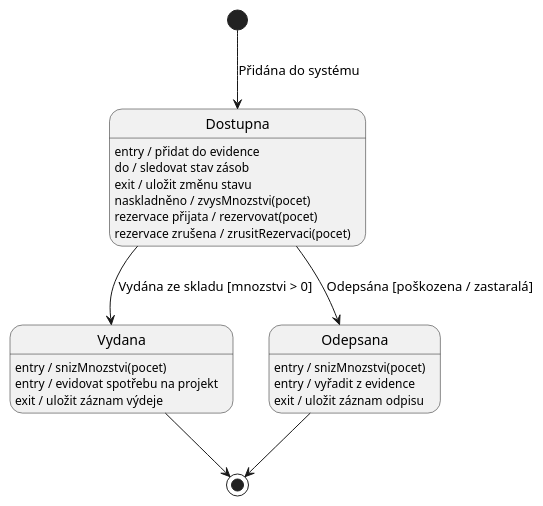
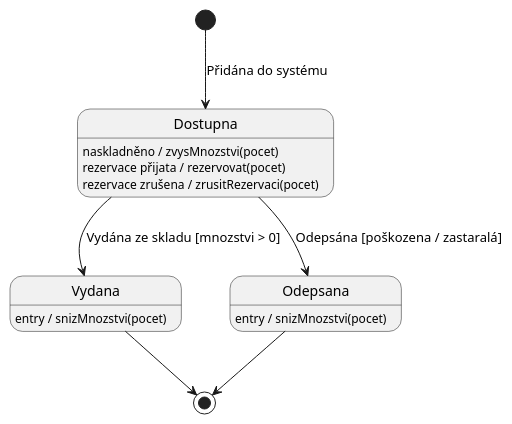
One commit to lkvapil/kOdevzdaniProjektWMS changed the diagram in diagrams/10_state_soucastka_projekt.puml. Above: the diagram before and after it, drawn with PlantUML. The commit also changed 6 other files, not shown here.

Commit message:
fix: uprav diagramy a text - pojmy, parametry, scenare, stavove diagramy

```diff
--- a/diagrams/10_state_soucastka_projekt.puml
+++ b/diagrams/10_state_soucastka_projekt.puml
@@ -1,29 +1,22 @@
 @startuml
 top to bottom direction
 
 ' Bod 2: vnitřní přechody místo do/ pro jednorázové akce
 ' Bod 7: entry místo do pro evidovat spotřebu a vyřadit z evidence
 
 [*] --> Dostupna : Přidána do systému
 
-Dostupna : entry / přidat do evidence
-Dostupna : do / sledovat stav zásob
-Dostupna : exit / uložit změnu stavu
 ' vnitřní přechody – jednorázové akce jako reakce na událost
 Dostupna : naskladněno / zvysMnozstvi(pocet)
 Dostupna : rezervace přijata / rezervovat(pocet)
 Dostupna : rezervace zrušena / zrusitRezervaci(pocet)
 Dostupna --> Vydana   : Vydána ze skladu [mnozstvi > 0]
 Dostupna --> Odepsana : Odepsána [poškozena / zastaralá]
 
 Vydana : entry / snizMnozstvi(pocet)
-Vydana : entry / evidovat spotřebu na projekt
-Vydana : exit / uložit záznam výdeje
 Vydana --> [*]
 
 Odepsana : entry / snizMnozstvi(pocet)
-Odepsana : entry / vyřadit z evidence
-Odepsana : exit / uložit záznam odpisu
 Odepsana --> [*]
 
 @enduml
```
